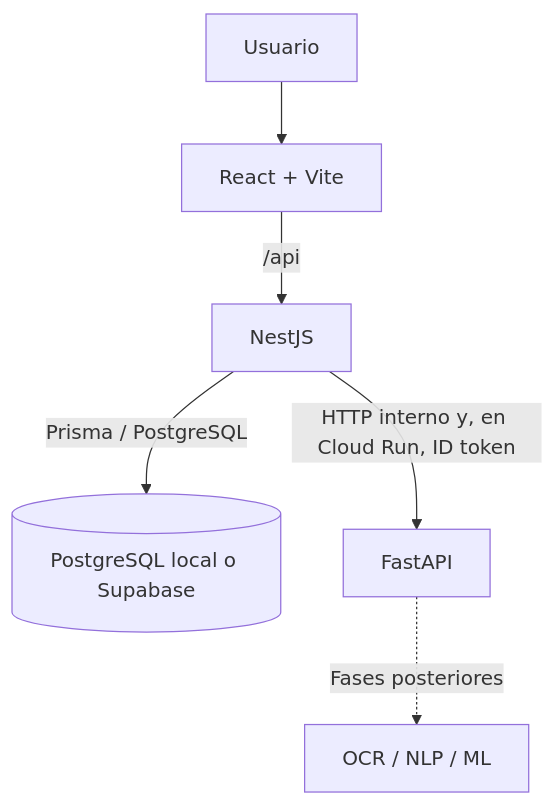
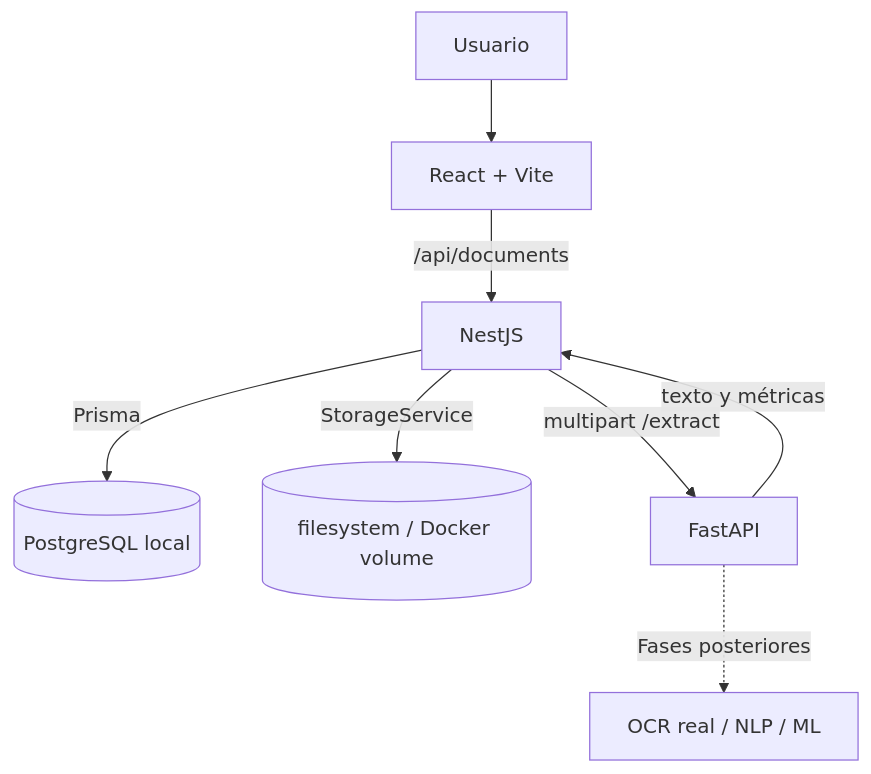
The diagram in docs/ARCHITECTURE.md (Anthgg/Turniting), drawn with Mermaid before and after one commit. The commit also changed other lines of this file and 50 other files, not shown here.

````diff
--- a/docs/ARCHITECTURE.md
+++ b/docs/ARCHITECTURE.md
@@ -5,8 +5,10 @@
 ```mermaid
 flowchart TD
     U[Usuario] --> FE[React + Vite]
-    FE -->|/api| BE[NestJS]
-    BE -->|Prisma / PostgreSQL| DB[(PostgreSQL local o Supabase)]
-    BE -->|HTTP interno y, en Cloud Run, ID token| AI[FastAPI]
-    AI -.->|Fases posteriores| NLP[OCR / NLP / ML]
+    FE -->|/api/documents| BE[NestJS]
+    BE -->|Prisma| DB[(PostgreSQL local)]
+    BE -->|StorageService| FS[(filesystem / Docker volume)]
+    BE -->|multipart /extract| AI[FastAPI]
+    AI -->|texto y métricas| BE
+    AI -.->|Fases posteriores| OCR[OCR real / NLP / ML]
 ```
````
